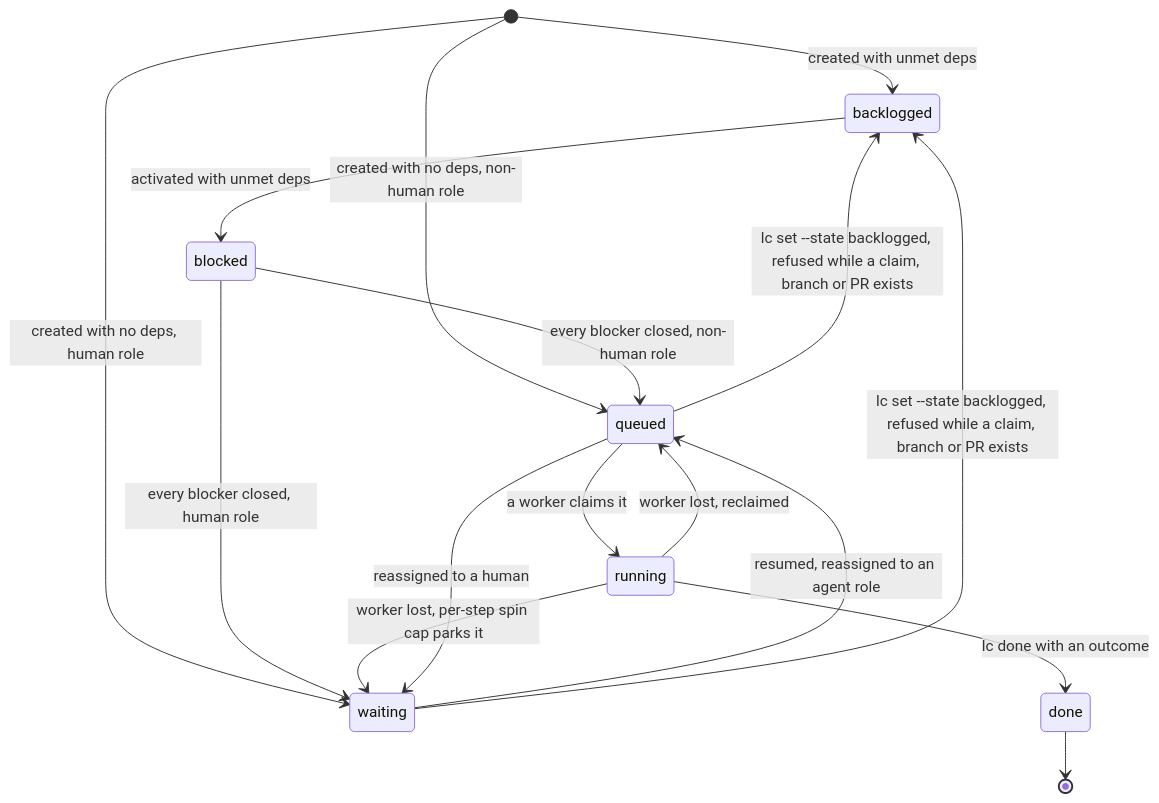
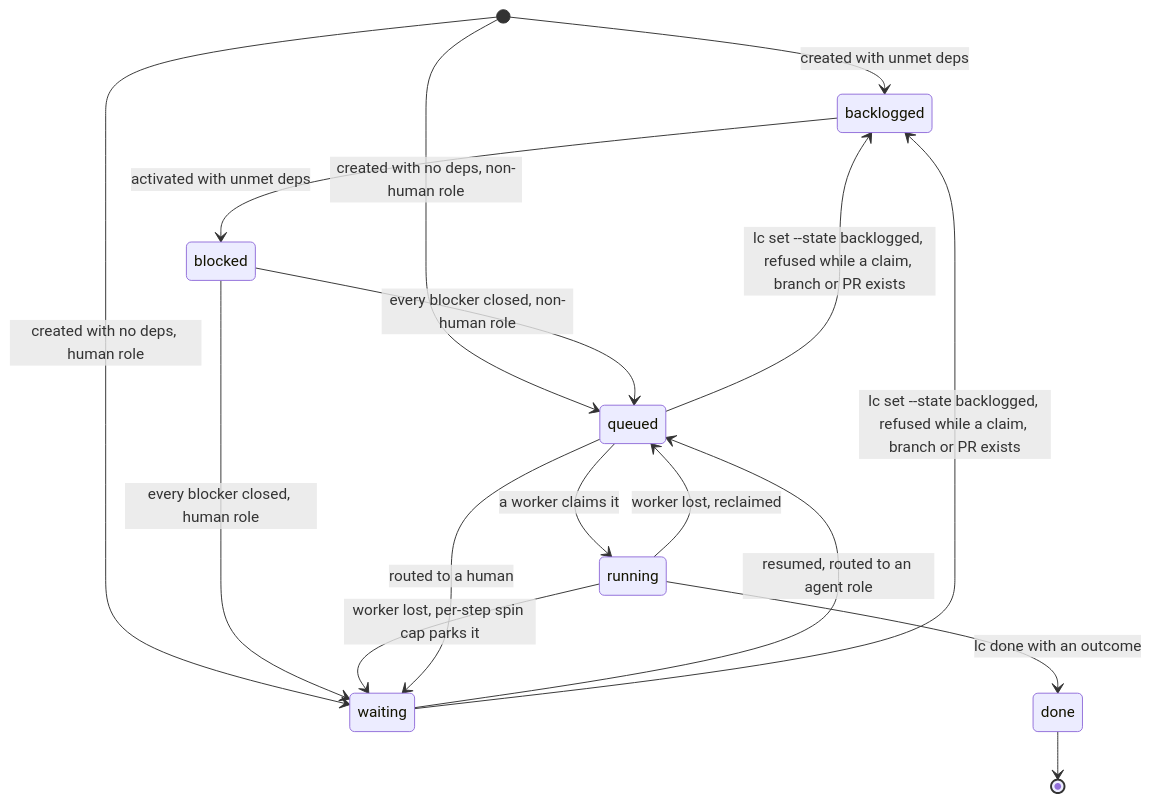
One commit to kenmclennan/lightcycle changed the first of 2 diagrams in docs/state-lifecycle.md. Above: the diagram before and after it, drawn with Mermaid. The commit also changed other lines of this file, not shown here.

Commit message:
docs(state-lifecycle): name RouteStepService instead of a gone reassign
The state-lifecycle doc described routing a step to human with a reassign
operation; the store has none, and RouteStepService derives the state from
the role. The two mermaid edge labels that said reassigned now say routed,
so the doc no longer names reassign anywhere.

````diff
--- a/docs/state-lifecycle.md
+++ b/docs/state-lifecycle.md
@@ -5,18 +5,18 @@
 ```mermaid
 stateDiagram-v2
   [*] --> backlogged: created with unmet deps
   [*] --> queued: created with no deps, non-human role
   [*] --> waiting: created with no deps, human role
   backlogged --> blocked: activated with unmet deps
   blocked --> queued: every blocker closed, non-human role
   blocked --> waiting: every blocker closed, human role
   queued --> running: a worker claims it
   running --> done: lc done with an outcome
   running --> queued: worker lost, reclaimed
   running --> waiting: worker lost, per-step spin cap parks it
-  queued --> waiting: reassigned to a human
-  waiting --> queued: resumed, reassigned to an agent role
+  queued --> waiting: routed to a human
+  waiting --> queued: resumed, routed to an agent role
   queued --> backlogged: lc set --state backlogged, refused while a claim, branch or PR exists
   waiting --> backlogged: lc set --state backlogged, refused while a claim, branch or PR exists
   done --> [*]
 ```
````
